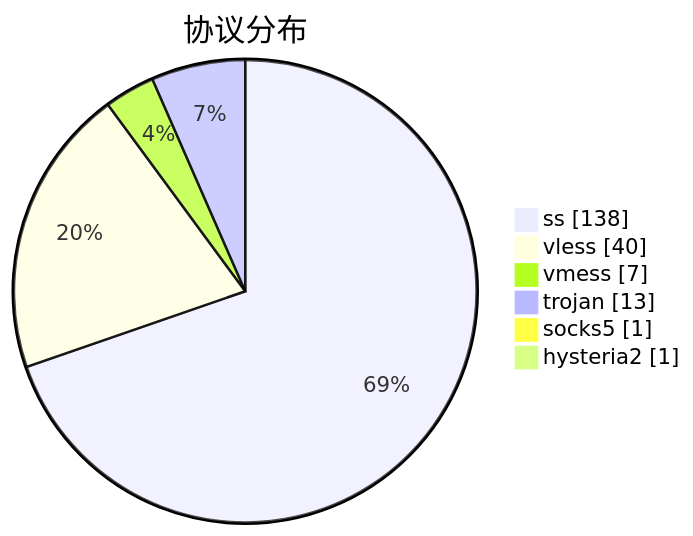
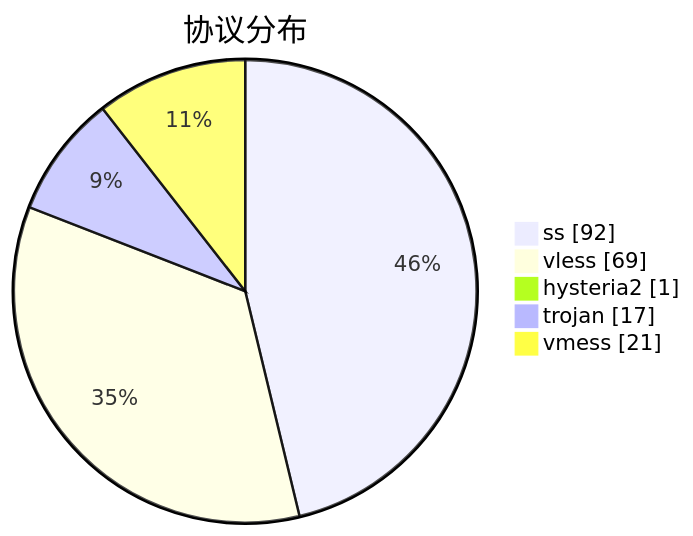
The third of 3 diagrams in subs/statistics/tested_within.md (qjlxg/airport), drawn with Mermaid before and after one commit. The commit also changed other lines of this file and 2 other files, not shown here.

````diff
--- a/subs/statistics/tested_within.md
+++ b/subs/statistics/tested_within.md
@@ -28,10 +29,9 @@
 ```mermaid
 pie showData
 title 协议分布
-"ss" : 138
-"vless" : 40
-"vmess" : 7
-"trojan" : 13
-"socks5" : 1
+"ss" : 92
+"vless" : 69
 "hysteria2" : 1
+"trojan" : 17
+"vmess" : 21
 ```
````
